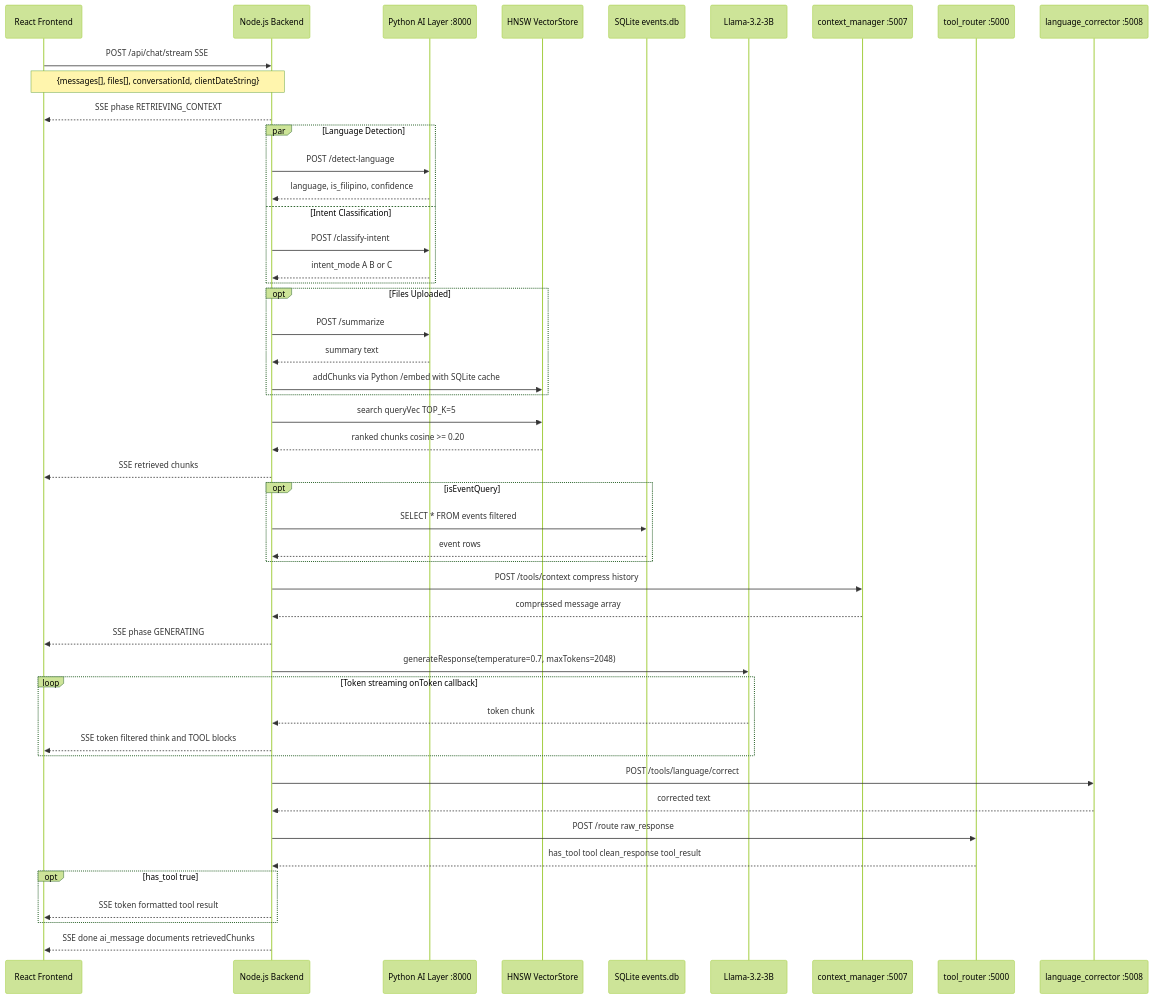
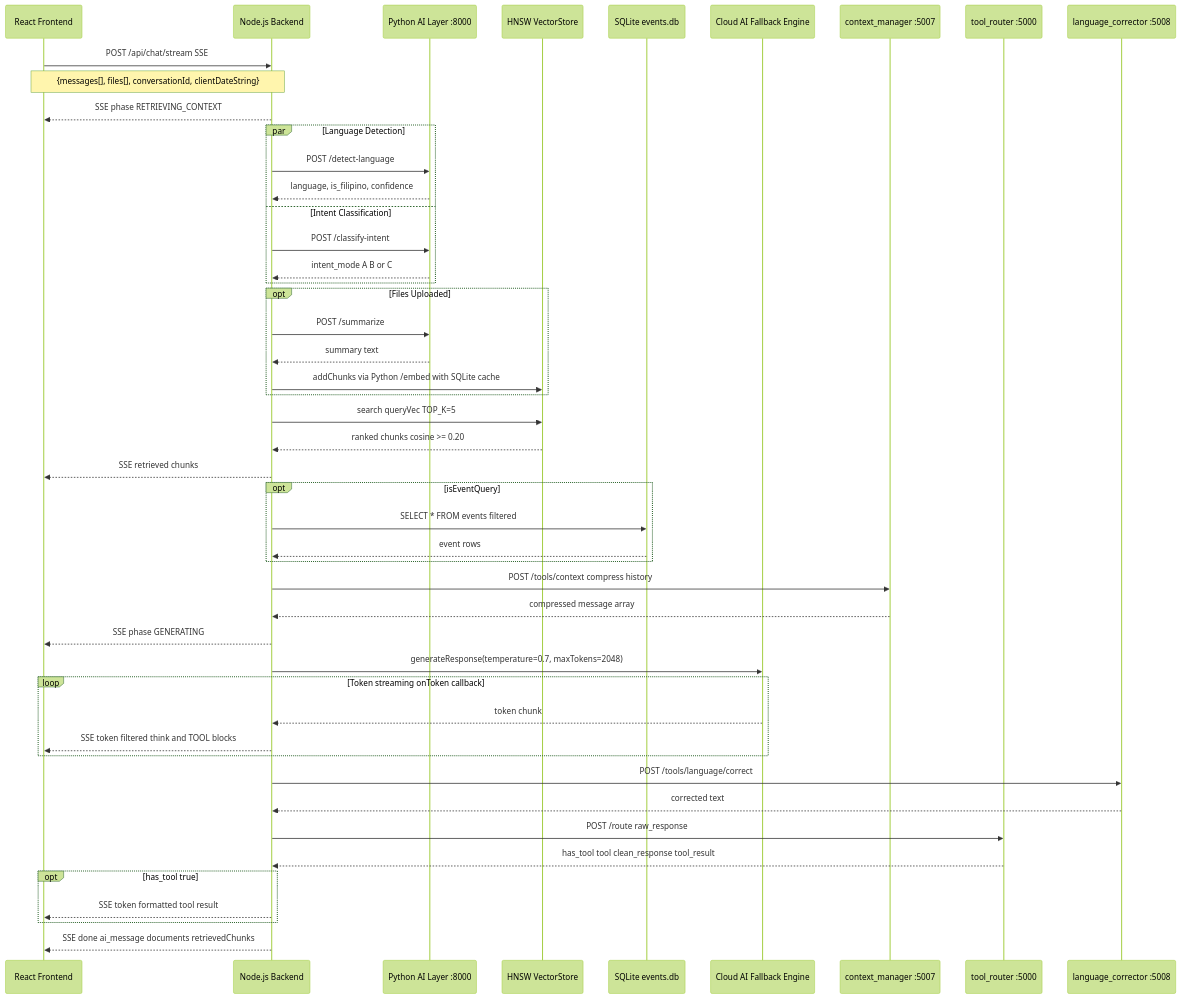
Before and after one commit to codexxers/aSK-Youth-An-AI-Driven-SK-Management-and-Public-Service-System: the second of 2 diagrams in SYSTEM_ARCHITECTURE_CONTEXT.md, drawn with Mermaid (forest theme). The commit also changed other lines of this file, not shown here.

Commit message:
docs: deeply update system architecture to reflect cloud AI migration and removal of local GPU dependencies

````diff
--- a/SYSTEM_ARCHITECTURE_CONTEXT.md
+++ b/SYSTEM_ARCHITECTURE_CONTEXT.md
@@ -303,62 +299,62 @@
 ```mermaid
 sequenceDiagram
     participant UI as React Frontend
     participant BE as Node.js Backend
     participant PY as Python AI Layer :8000
     participant HNSW as HNSW VectorStore
     participant DB as SQLite events.db
-    participant LLM as Llama-3.2-3B
+    participant LLM as Cloud AI Fallback Engine
     participant CTX as context_manager :5007
     participant ROUTER as tool_router :5000
     participant LANG as language_corrector :5008
 
     UI->>BE: POST /api/chat/stream SSE
     note over UI,BE: {messages[], files[], conversationId, clientDateString}
     BE-->>UI: SSE phase RETRIEVING_CONTEXT
 
     par Language Detection
         BE->>PY: POST /detect-language
         PY-->>BE: language, is_filipino, confidence
     and Intent Classification
         BE->>PY: POST /classify-intent
         PY-->>BE: intent_mode A B or C
     end
 
     opt Files Uploaded
         BE->>PY: POST /summarize
         PY-->>BE: summary text
         BE->>HNSW: addChunks via Python /embed with SQLite cache
     end
 
     BE->>HNSW: search queryVec TOP_K=5
     HNSW-->>BE: ranked chunks cosine >= 0.20
     BE-->>UI: SSE retrieved chunks
 
     opt isEventQuery
         BE->>DB: SELECT * FROM events filtered
         DB-->>BE: event rows
     end
 
     BE->>CTX: POST /tools/context compress history
     CTX-->>BE: compressed message array
 
     BE-->>UI: SSE phase GENERATING
 
     BE->>LLM: generateResponse(temperature=0.7, maxTokens=2048)
     loop Token streaming onToken callback
         LLM-->>BE: token chunk
         BE-->>UI: SSE token filtered think and TOOL blocks
     end
 
     BE->>LANG: POST /tools/language/correct
     LANG-->>BE: corrected text
 
     BE->>ROUTER: POST /route raw_response
     ROUTER-->>BE: has_tool tool clean_response tool_result
 
     opt has_tool true
         BE-->>UI: SSE token formatted tool result
     end
 
     BE-->>UI: SSE done ai_message documents retrievedChunks
 ```
````
